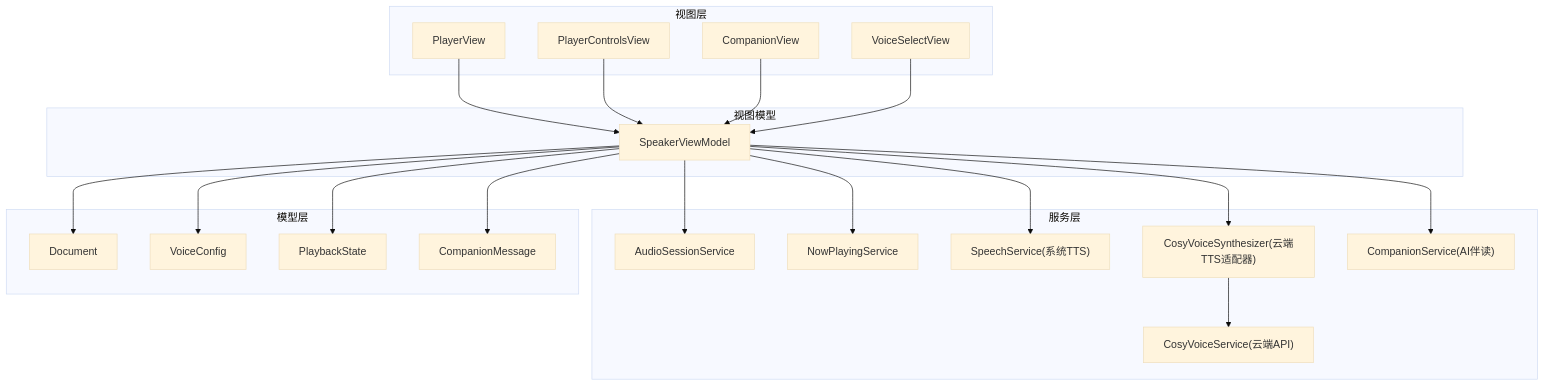
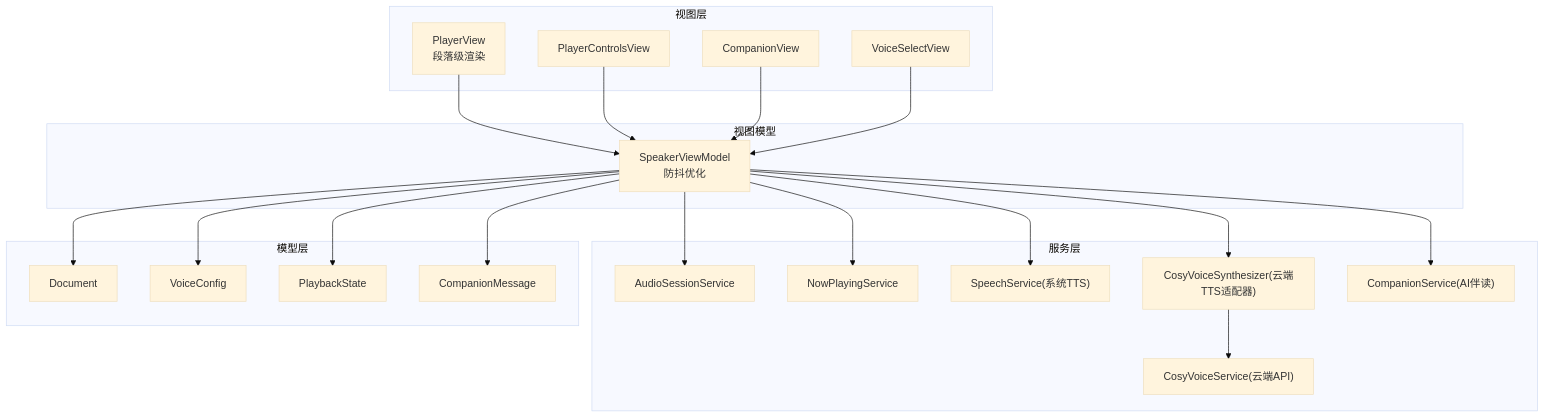
Before and after one commit to Primoguo/Knowledge: the first of 9 diagrams in .qoder/repowiki/zh/content/用户界面设计/播放器界面.md, drawn with Mermaid (base theme). The commit also changed other lines of this file and 52 other files, not shown here.

````diff
--- a/.qoder/repowiki/zh/content/用户界面设计/播放器界面.md
+++ b/.qoder/repowiki/zh/content/用户界面设计/播放器界面.md
@@ -51,40 +52,40 @@
 ```mermaid
 graph TB
 subgraph "视图层"
-PV["PlayerView"]
+PV["PlayerView<br/>段落级渲染"]
 PCV["PlayerControlsView"]
 CV["CompanionView"]
 VSV["VoiceSelectView"]
 end
 subgraph "视图模型"
-SVM["SpeakerViewModel"]
+SVM["SpeakerViewModel<br/>防抖优化"]
 end
 subgraph "服务层"
 ASS["AudioSessionService"]
 NPS["NowPlayingService"]
 SS["SpeechService(系统TTS)"]
 CVS["CosyVoiceSynthesizer(云端TTS适配器)"]
 CSV["CosyVoiceService(云端API)"]
 CS["CompanionService(AI伴读)"]
 end
 subgraph "模型层"
 DOC["Document"]
 VC["VoiceConfig"]
 PS["PlaybackState"]
 CM["CompanionMessage"]
 end
 PV --> SVM
 PCV --> SVM
 CV --> SVM
 VSV --> SVM
 SVM --> ASS
 SVM --> NPS
 SVM --> SS
 SVM --> CVS
 CVS --> CSV
 SVM --> CS
 SVM --> DOC
 SVM --> VC
 SVM --> PS
 SVM --> CM
 ```
````
